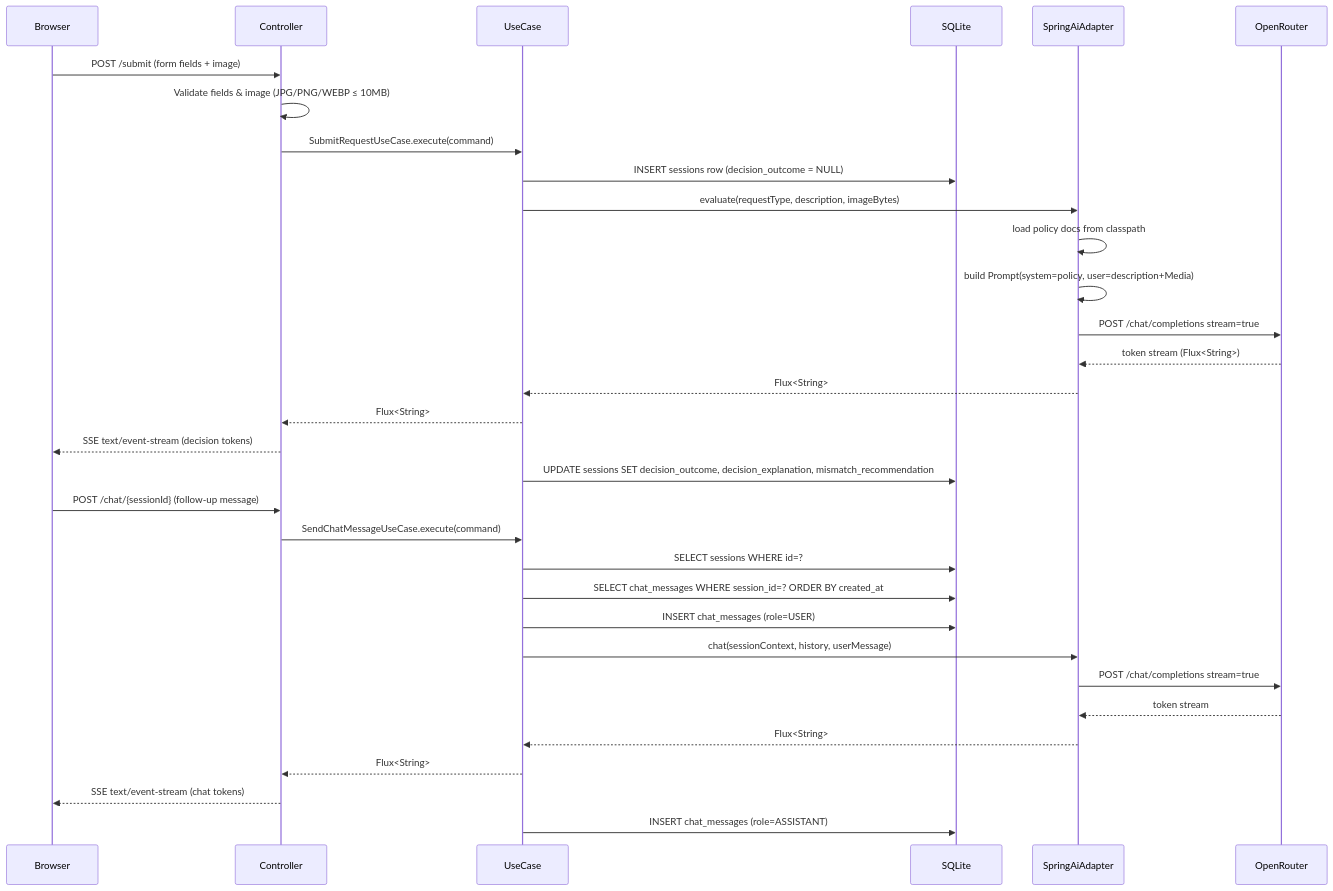
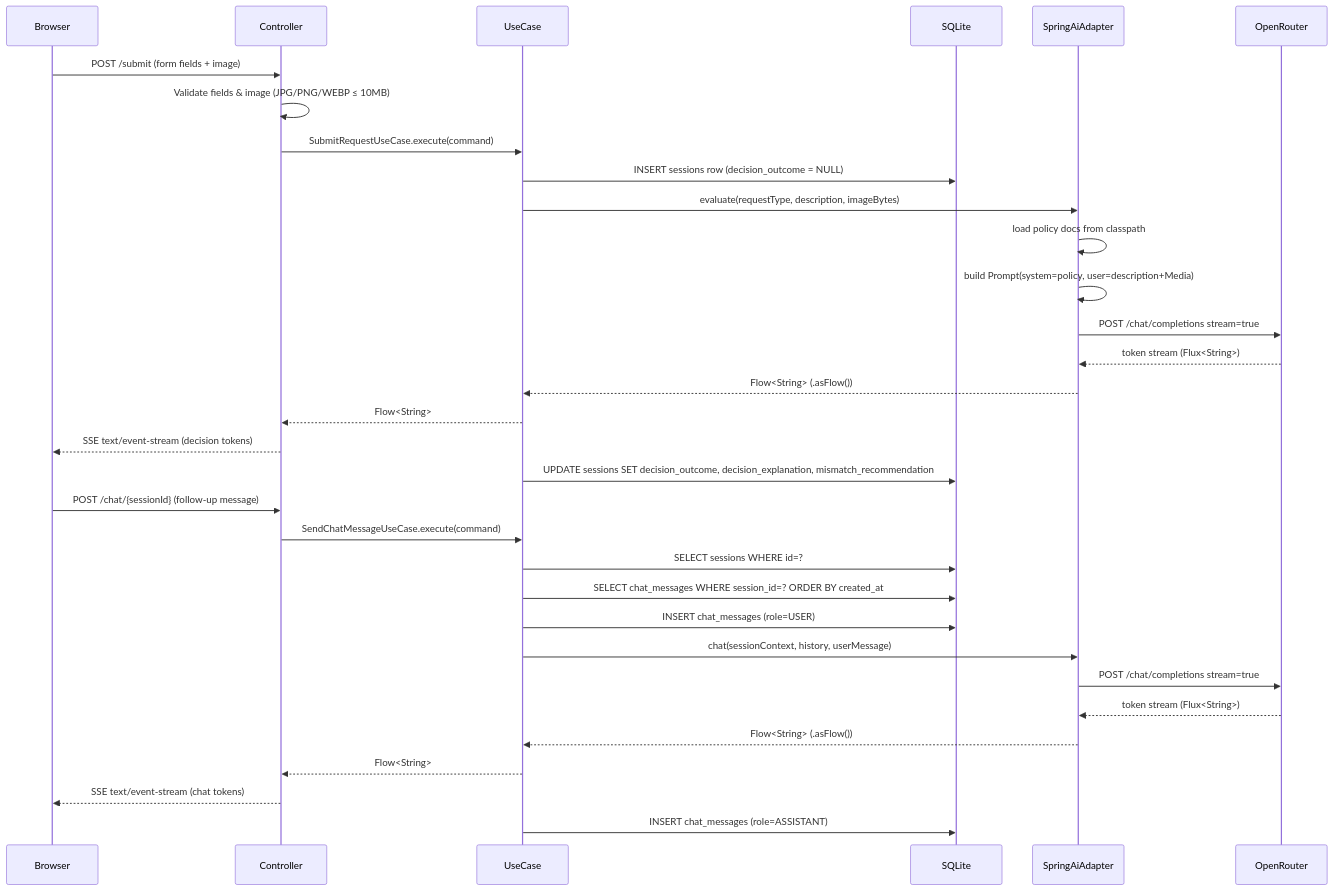
One commit to LucasMatuszewski/JSystems-SilkyCoders-1 changed the fourth of 5 diagrams in docs/ADR.md. Above: the diagram before and after it, drawn with Mermaid. The commit also changed other lines of this file, not shown here.

````diff
--- a/docs/ADR.md
+++ b/docs/ADR.md
@@ -283,36 +298,36 @@
 ```mermaid
 sequenceDiagram
     participant U as Browser
     participant C as Controller
     participant UC as UseCase
     participant D as SQLite
     participant AI as SpringAiAdapter
     participant OR as OpenRouter
 
     U->>C: POST /submit (form fields + image)
     C->>C: Validate fields & image (JPG/PNG/WEBP ≤ 10MB)
     C->>UC: SubmitRequestUseCase.execute(command)
     UC->>D: INSERT sessions row (decision_outcome = NULL)
     UC->>AI: evaluate(requestType, description, imageBytes)
     AI->>AI: load policy docs from classpath
     AI->>AI: build Prompt(system=policy, user=description+Media)
     AI->>OR: POST /chat/completions stream=true
     OR-->>AI: token stream (Flux<String>)
-    AI-->>UC: Flux<String>
-    UC-->>C: Flux<String>
+    AI-->>UC: Flow<String> (.asFlow())
+    UC-->>C: Flow<String>
     C-->>U: SSE text/event-stream (decision tokens)
     UC->>D: UPDATE sessions SET decision_outcome, decision_explanation, mismatch_recommendation
 
     U->>C: POST /chat/{sessionId} (follow-up message)
     C->>UC: SendChatMessageUseCase.execute(command)
     UC->>D: SELECT sessions WHERE id=?
     UC->>D: SELECT chat_messages WHERE session_id=? ORDER BY created_at
     UC->>D: INSERT chat_messages (role=USER)
     UC->>AI: chat(sessionContext, history, userMessage)
     AI->>OR: POST /chat/completions stream=true
-    OR-->>AI: token stream
-    AI-->>UC: Flux<String>
-    UC-->>C: Flux<String>
+    OR-->>AI: token stream (Flux<String>)
+    AI-->>UC: Flow<String> (.asFlow())
+    UC-->>C: Flow<String>
     C-->>U: SSE text/event-stream (chat tokens)
     UC->>D: INSERT chat_messages (role=ASSISTANT)
 ```
````
